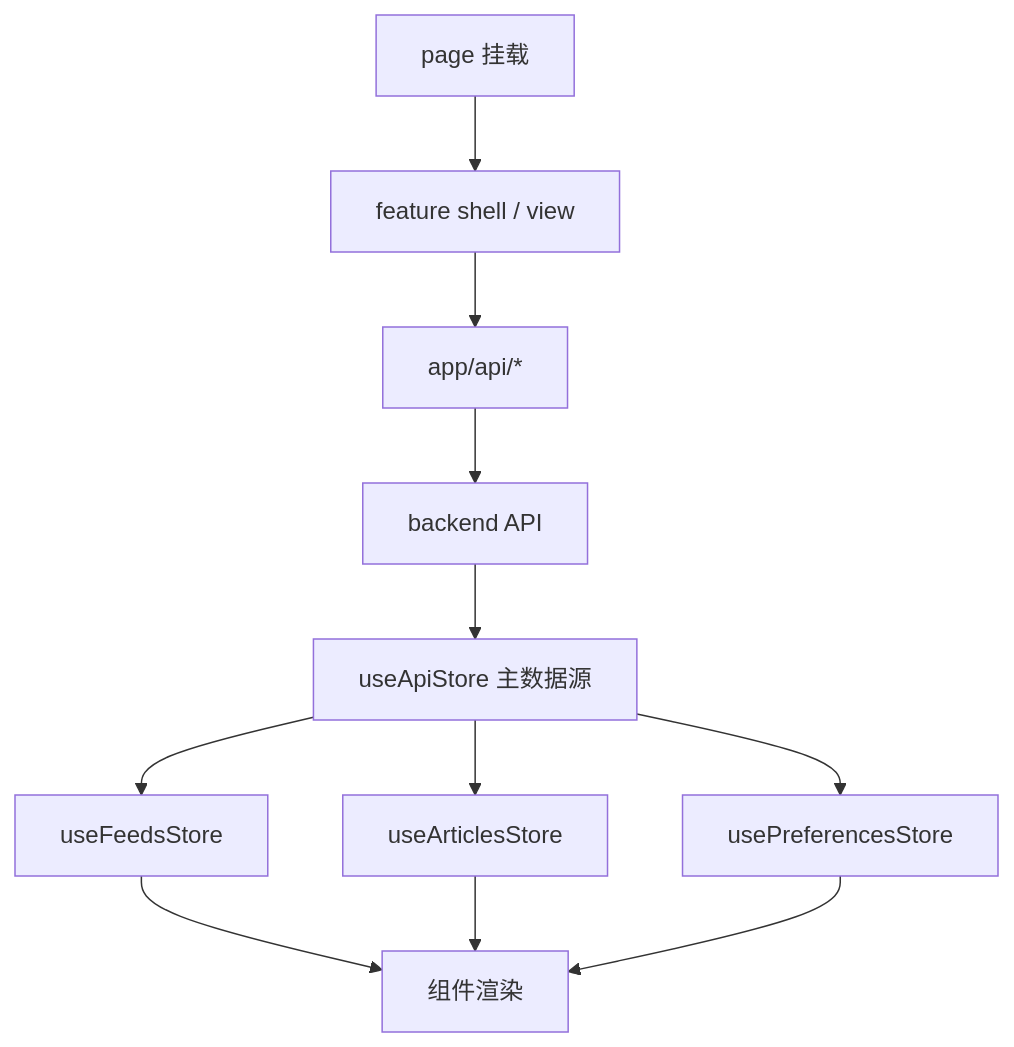
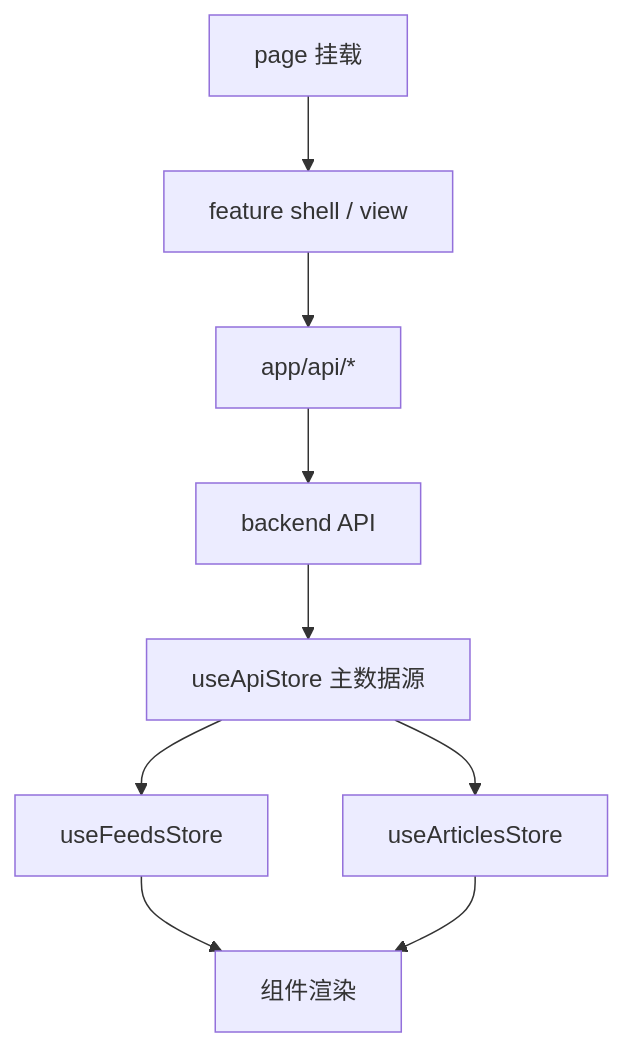
The first of 2 diagrams in docs/reference/flow/reading.md (ZanebonoAlter/my-robot), drawn with Mermaid before and after one commit. The commit also changed other lines of this file and 75 other files, not shown here.

````diff
--- a/docs/reference/flow/reading.md
+++ b/docs/reference/flow/reading.md
@@ -19,11 +20,10 @@
 ```mermaid
 flowchart TD
   PAGE[page 挂载] --> SHELL[feature shell / view]
   SHELL --> API["app/api/*"]
   API --> BACK[backend API]
   BACK --> APISTORE["useApiStore 主数据源"]
   APISTORE --> FEEDS[useFeedsStore]
   APISTORE --> ARTICLES[useArticlesStore]
-  APISTORE --> PREFS[usePreferencesStore]
-  FEEDS & ARTICLES & PREFS --> RENDER[组件渲染]
+  FEEDS & ARTICLES --> RENDER[组件渲染]
 ```
````
